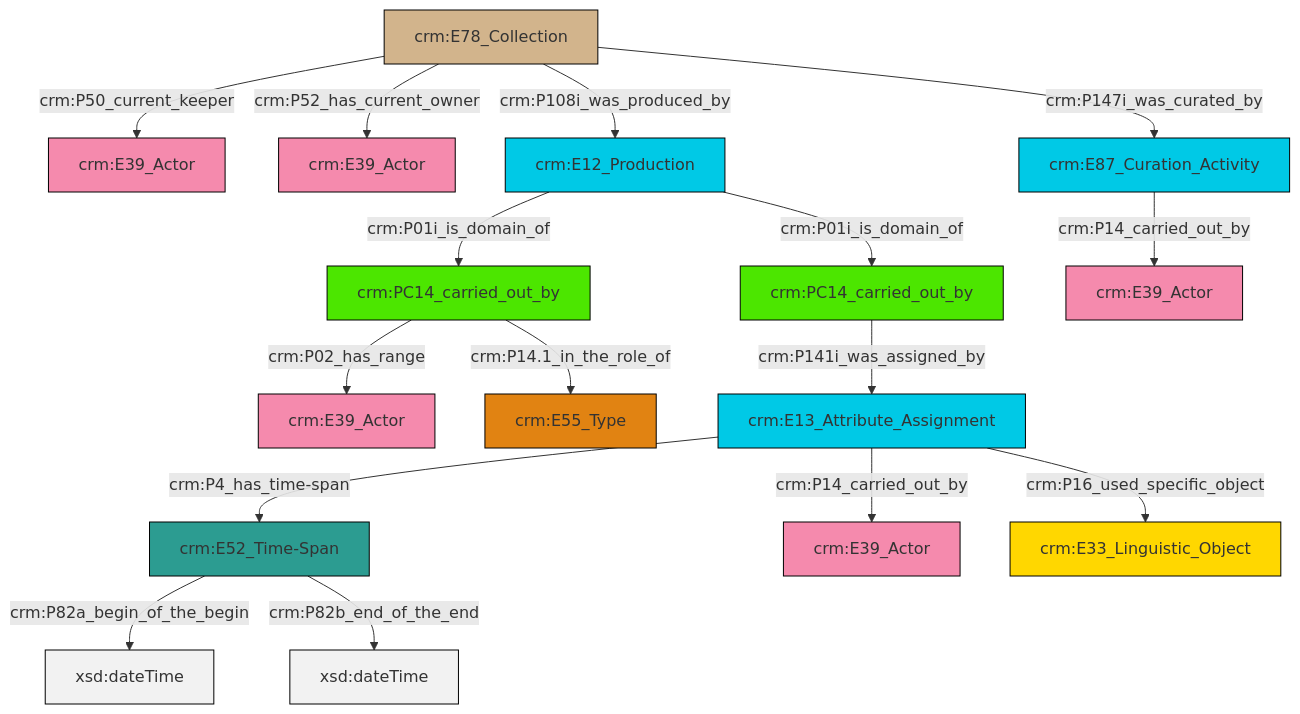
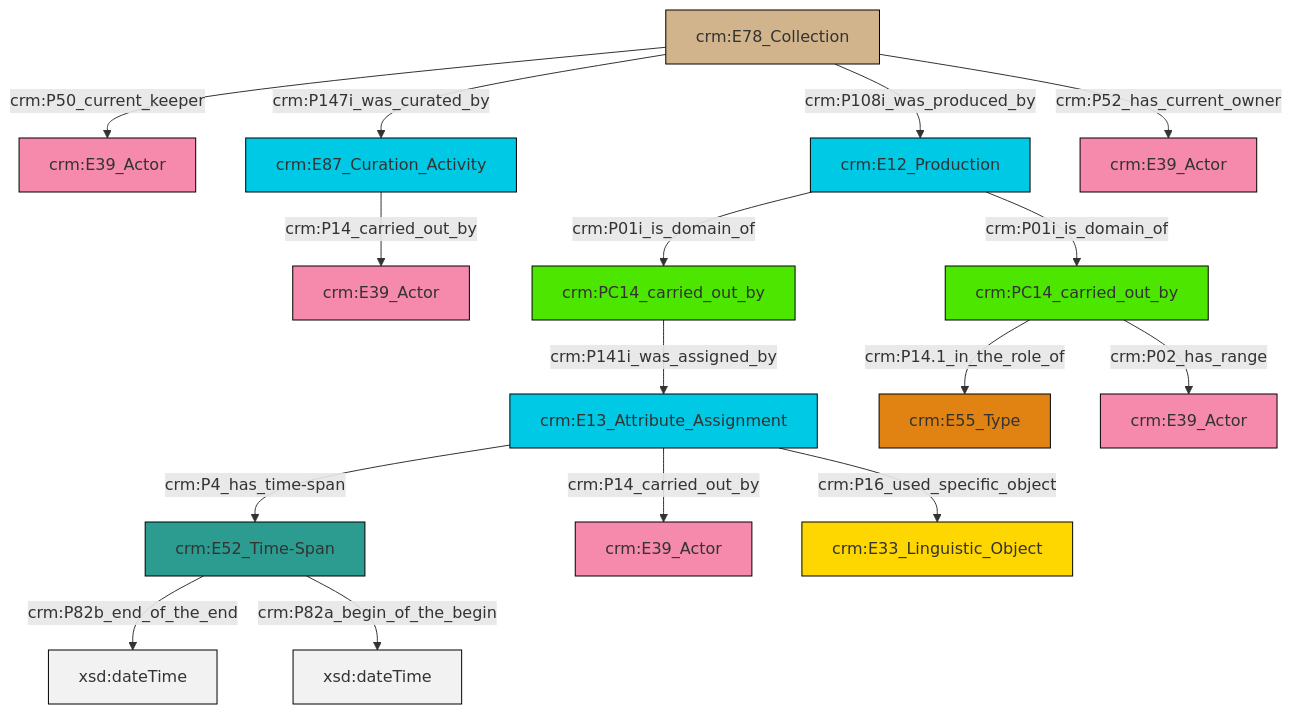
Before and after one commit to swiss-art-research-net/docs.swissartresearch: the diagram in et/archivalCSV/ttl/mmd/archival_relation.ttl.mmd, drawn with Mermaid. The commit also changed 183 other files, not shown here.

```diff
--- a/et/archivalCSV/ttl/mmd/archival_relation.ttl.mmd
+++ b/et/archivalCSV/ttl/mmd/archival_relation.ttl.mmd
@@ -1,30 +1,30 @@
 graph TD
 classDef Literal fill:#f2f2f2,stroke:#000000;
 classDef CRM_Entity fill:#FFFFFF,stroke:#000000;
 classDef Temporal_Entity fill:#00C9E6, stroke:#000000;
 classDef Type fill:#E18312, stroke:#000000;
 classDef Time-Span fill:#2C9C91, stroke:#000000;
 classDef Appellation fill:#FFEB7F, stroke:#000000;
 classDef Place fill:#008836, stroke:#000000;
 classDef Persistent_Item fill:#B266B2, stroke:#000000;
 classDef Conceptual_Object fill:#FFD700, stroke:#000000;
 classDef Physical_Thing fill:#D2B48C, stroke:#000000;
 classDef Actor fill:#f58aad, stroke:#000000;
 classDef PC_Classes fill:#4ce600, stroke:#000000;
 classDef Multi fill:#cccccc,stroke:#000000;
 
-0["crm:E78_Collection"]:::Physical_Thing -->|crm:P50_current_keeper| 1["crm:E39_Actor"]:::Actor
-2["crm:E52_Time-Span"]:::Time-Span -->|crm:P82a_begin_of_the_begin| 3[xsd:dateTime]:::Literal
-0["crm:E78_Collection"]:::Physical_Thing -->|crm:P52_has_current_owner| 4["crm:E39_Actor"]:::Actor
-0["crm:E78_Collection"]:::Physical_Thing -->|crm:P108i_was_produced_by| 5["crm:E12_Production"]:::Temporal_Entity
-8["crm:PC14_carried_out_by"]:::PC_Classes -->|crm:P02_has_range| 6["crm:E39_Actor"]:::Actor
-0["crm:E78_Collection"]:::Physical_Thing -->|crm:P147i_was_curated_by| 9["crm:E87_Curation_Activity"]:::Temporal_Entity
-2["crm:E52_Time-Span"]:::Time-Span -->|crm:P82b_end_of_the_end| 11[xsd:dateTime]:::Literal
-9["crm:E87_Curation_Activity"]:::Temporal_Entity -->|crm:P14_carried_out_by| 17["crm:E39_Actor"]:::Actor
-5["crm:E12_Production"]:::Temporal_Entity -->|crm:P01i_is_domain_of| 8["crm:PC14_carried_out_by"]:::PC_Classes
-8["crm:PC14_carried_out_by"]:::PC_Classes -->|crm:P14.1_in_the_role_of| 19["crm:E55_Type"]:::Type
-21["crm:E13_Attribute_Assignment"]:::Temporal_Entity -->|crm:P4_has_time-span| 2["crm:E52_Time-Span"]:::Time-Span
-14["crm:PC14_carried_out_by"]:::PC_Classes -->|crm:P141i_was_assigned_by| 21["crm:E13_Attribute_Assignment"]:::Temporal_Entity
-21["crm:E13_Attribute_Assignment"]:::Temporal_Entity -->|crm:P16_used_specific_object| 27["crm:E33_Linguistic_Object"]:::Conceptual_Object
-5["crm:E12_Production"]:::Temporal_Entity -->|crm:P01i_is_domain_of| 14["crm:PC14_carried_out_by"]:::PC_Classes
-21["crm:E13_Attribute_Assignment"]:::Temporal_Entity -->|crm:P14_carried_out_by| 12["crm:E39_Actor"]:::Actor
+2["crm:E13_Attribute_Assignment"]:::Temporal_Entity -->|crm:P4_has_time-span| 4["crm:E52_Time-Span"]:::Time-Span
+4["crm:E52_Time-Span"]:::Time-Span -->|crm:P82b_end_of_the_end| 5[xsd:dateTime]:::Literal
+6["crm:PC14_carried_out_by"]:::PC_Classes -->|crm:P141i_was_assigned_by| 2["crm:E13_Attribute_Assignment"]:::Temporal_Entity
+11["crm:E12_Production"]:::Temporal_Entity -->|crm:P01i_is_domain_of| 12["crm:PC14_carried_out_by"]:::PC_Classes
+2["crm:E13_Attribute_Assignment"]:::Temporal_Entity -->|crm:P14_carried_out_by| 13["crm:E39_Actor"]:::Actor
+12["crm:PC14_carried_out_by"]:::PC_Classes -->|crm:P02_has_range| 16["crm:E39_Actor"]:::Actor
+4["crm:E52_Time-Span"]:::Time-Span -->|crm:P82a_begin_of_the_begin| 17[xsd:dateTime]:::Literal
+18["crm:E78_Collection"]:::Physical_Thing -->|crm:P108i_was_produced_by| 11["crm:E12_Production"]:::Temporal_Entity
+18["crm:E78_Collection"]:::Physical_Thing -->|crm:P50_current_keeper| 7["crm:E39_Actor"]:::Actor
+19["crm:E87_Curation_Activity"]:::Temporal_Entity -->|crm:P14_carried_out_by| 0["crm:E39_Actor"]:::Actor
+11["crm:E12_Production"]:::Temporal_Entity -->|crm:P01i_is_domain_of| 6["crm:PC14_carried_out_by"]:::PC_Classes
+12["crm:PC14_carried_out_by"]:::PC_Classes -->|crm:P14.1_in_the_role_of| 9["crm:E55_Type"]:::Type
+18["crm:E78_Collection"]:::Physical_Thing -->|crm:P52_has_current_owner| 21["crm:E39_Actor"]:::Actor
+2["crm:E13_Attribute_Assignment"]:::Temporal_Entity -->|crm:P16_used_specific_object| 25["crm:E33_Linguistic_Object"]:::Conceptual_Object
+18["crm:E78_Collection"]:::Physical_Thing -->|crm:P147i_was_curated_by| 19["crm:E87_Curation_Activity"]:::Temporal_Entity
```
